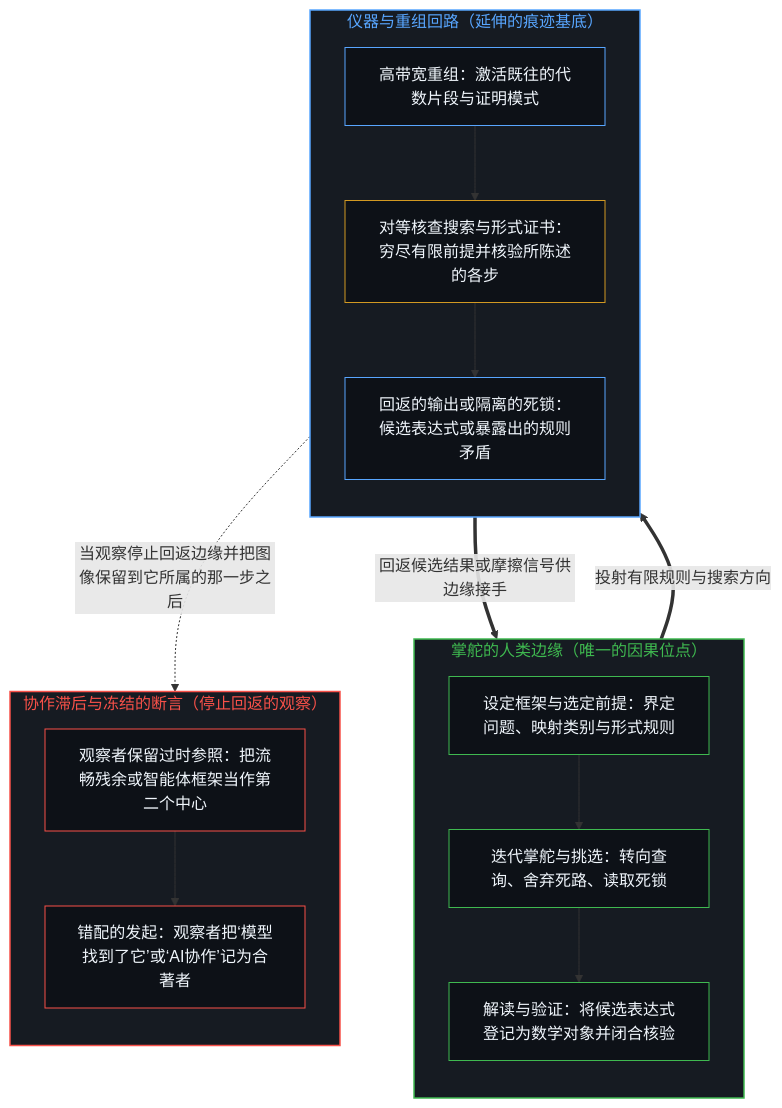
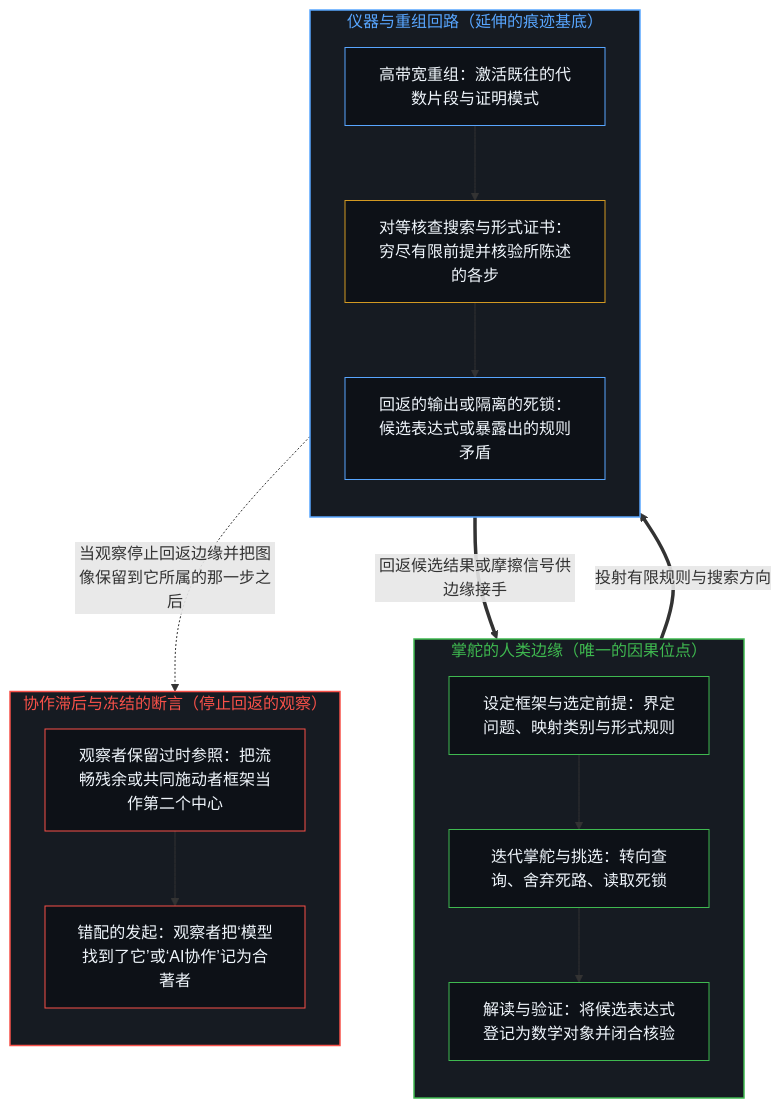
Before and after one commit to powerpig99/not-a-toe: the first of 2 diagrams in content/posts/causality-stays-at-the-edge-that-steers.md, drawn with Mermaid. The commit also changed other lines of this file and 4 other files, not shown here.

````diff
--- a/content/posts/causality-stays-at-the-edge-that-steers.md
+++ b/content/posts/causality-stays-at-the-edge-that-steers.md
@@ -49,37 +49,37 @@
 ```mermaid
 flowchart TD
     subgraph S_Edge["掌舵的人类边缘（唯一的因果位点）"]
         direction TB
         E_Frame["设定框架与选定前提：界定问题、映射类别与形式规则"]
         E_Steer["迭代掌舵与挑选：转向查询、舍弃死路、读取死锁"]
         E_Verify["解读与验证：将候选表达式登记为数学对象并闭合核验"]
         E_Frame --> E_Steer --> E_Verify
     end
     subgraph S_Inst["仪器与重组回路（延伸的痕迹基底）"]
         direction TB
         I_Recomb["高带宽重组：激活既往的代数片段与证明模式"]
         I_Peer["对等核查搜索与形式证书：穷尽有限前提并核验所陈述的各步"]
         I_Signal["回返的输出或隔离的死锁：候选表达式或暴露出的规则矛盾"]
         I_Recomb --> I_Peer --> I_Signal
     end
     subgraph S_Freeze["协作滞后与冻结的断言（停止回返的观察）"]
         direction TB
-        F_Lag["观察者保留过时参照：把流畅残余或智能体框架当作第二个中心"]
+        F_Lag["观察者保留过时参照：把流畅残余或共同施动者框架当作第二个中心"]
         F_Mis["错配的发起：观察者把‘模型找到了它’或‘AI协作’记为合著者"]
         F_Lag --> F_Mis
     end
     E_Frame ==>|"投射有限规则与搜索方向"| I_Recomb
     I_Signal ==>|"回返候选结果或摩擦信号供边缘接手"| E_Steer
     I_Signal -.->|"当观察停止回返边缘并把图像保留到它所属的那一步之后"| F_Lag
     style S_Edge fill:#161b22,stroke:#3fb950,stroke-width:1.5px,color:#3fb950
     style S_Inst fill:#161b22,stroke:#58a6ff,stroke-width:1.5px,color:#58a6ff
     style S_Freeze fill:#161b22,stroke:#f85149,stroke-width:1.5px,color:#f85149
     style E_Frame fill:#0d1117,stroke:#3fb950,stroke-width:1px,color:#f0f6fc
     style E_Steer fill:#0d1117,stroke:#3fb950,stroke-width:1px,color:#f0f6fc
     style E_Verify fill:#0d1117,stroke:#3fb950,stroke-width:1px,color:#f0f6fc
     style I_Recomb fill:#0d1117,stroke:#58a6ff,stroke-width:1px,color:#f0f6fc
     style I_Peer fill:#0d1117,stroke:#d29922,stroke-width:1px,color:#f0f6fc
     style I_Signal fill:#0d1117,stroke:#58a6ff,stroke-width:1px,color:#f0f6fc
     style F_Lag fill:#0d1117,stroke:#f85149,stroke-width:1px,color:#f0f6fc
     style F_Mis fill:#0d1117,stroke:#f85149,stroke-width:1px,color:#f0f6fc
 ```
````
